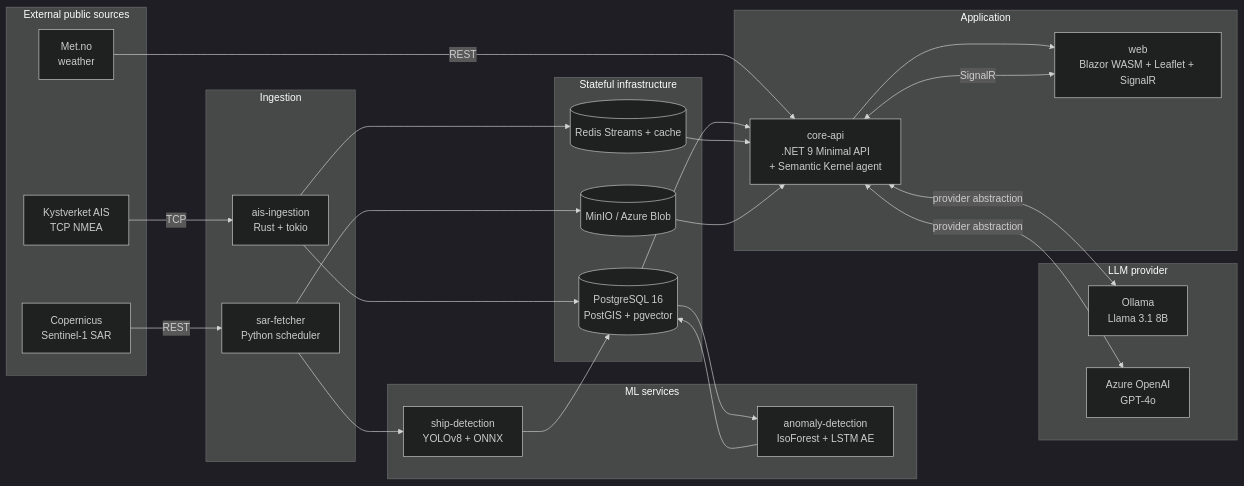
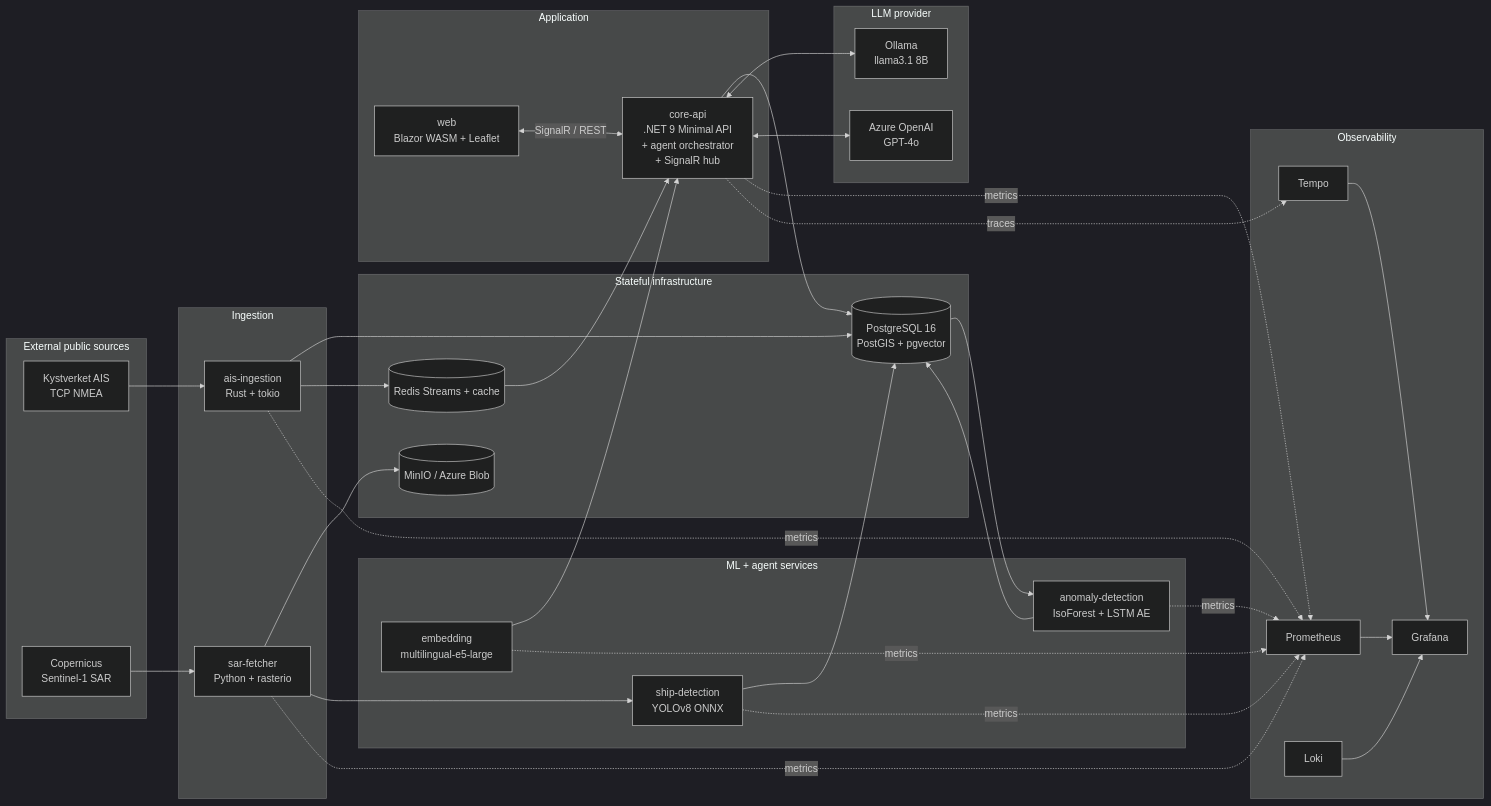
The first of 5 diagrams in docs/architecture.md (ErdemKilci/fjordwatch), drawn with Mermaid (dark theme) before and after one commit. The commit also changed other lines of this file and 11 other files, not shown here.

````diff
--- a/docs/architecture.md
+++ b/docs/architecture.md
@@ -7,53 +10,70 @@
 ```mermaid
 flowchart LR
     subgraph external[External public sources]
         K[Kystverket AIS<br/>TCP NMEA]
         C[Copernicus<br/>Sentinel-1 SAR]
-        M[Met.no<br/>weather]
     end
 
     subgraph ingest[Ingestion]
         AIS[ais-ingestion<br/>Rust + tokio]
-        SAR[sar-fetcher<br/>Python scheduler]
+        SAR[sar-fetcher<br/>Python + rasterio]
     end
 
     subgraph store[Stateful infrastructure]
         PG[(PostgreSQL 16<br/>PostGIS + pgvector)]
         RS[(Redis Streams + cache)]
         S3[(MinIO / Azure Blob)]
     end
 
-    subgraph ml[ML services]
-        SD[ship-detection<br/>YOLOv8 + ONNX]
+    subgraph ml[ML + agent services]
+        SD[ship-detection<br/>YOLOv8 ONNX]
         AD[anomaly-detection<br/>IsoForest + LSTM AE]
+        EM[embedding<br/>multilingual-e5-large]
     end
 
     subgraph app[Application]
-        API[core-api<br/>.NET 9 Minimal API<br/>+ Semantic Kernel agent]
-        WEB[web<br/>Blazor WASM + Leaflet + SignalR]
+        API[core-api<br/>.NET 9 Minimal API<br/>+ agent orchestrator<br/>+ SignalR hub]
+        WEB[web<br/>Blazor WASM + Leaflet]
     end
 
     subgraph llm[LLM provider]
-        OL[Ollama<br/>Llama 3.1 8B]
+        OL[Ollama<br/>llama3.1 8B]
         AZ[Azure OpenAI<br/>GPT-4o]
     end
 
-    K -->|TCP| AIS --> PG
+    subgraph obs[Observability]
+        PR[Prometheus]
+        TE[Tempo]
+        LO[Loki]
+        GR[Grafana]
+    end
+
+    K --> AIS
+    C --> SAR
+    AIS --> PG
     AIS --> RS
-    C -->|REST| SAR --> S3
-    M -->|REST| API
-
+    SAR --> S3
     SAR --> SD
+    SD --> PG
     PG --> AD
-    SD --> PG
     AD --> PG
 
-    PG --> API
+    API --> PG
     RS --> API
-    S3 --> API
-    API <-->|provider abstraction| OL
-    API <-->|provider abstraction| AZ
+    EM --> API
+    API <--> OL
+    API <--> AZ
 
-    API --> WEB
-    WEB <-->|SignalR| API
+    WEB <-->|SignalR / REST| API
+
+    AIS -.metrics.-> PR
+    API -.metrics.-> PR
+    AD -.metrics.-> PR
+    SD -.metrics.-> PR
+    SAR -.metrics.-> PR
+    EM -.metrics.-> PR
+    API -.traces.-> TE
+    PR --> GR
+    TE --> GR
+    LO --> GR
 ```
````
